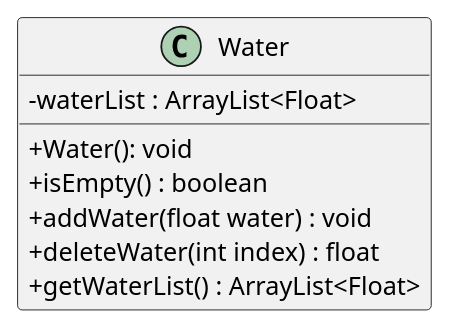
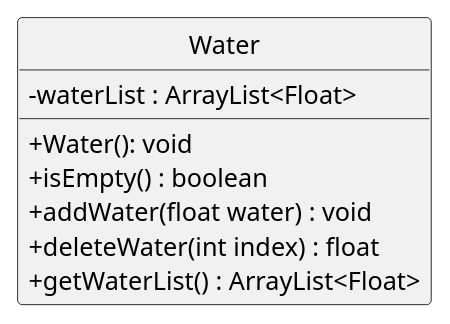
Before and after one commit to nus-cs2113-AY2425S1/tp: the diagram in docs/diagrams/waterClassDiagram.puml, drawn with PlantUML. The commit also changed 44 other files, not shown here.

```diff
--- a/docs/diagrams/waterClassDiagram.puml
+++ b/docs/diagrams/waterClassDiagram.puml
@@ -1,14 +1,15 @@
 @startuml
 
 skinparam classAttributeIconSize 0
-skinparam classAttributeIconSize 0
+hide circle
+
 class Water {
     - waterList : ArrayList<Float>
     + Water(): void
     + isEmpty() : boolean
     + addWater(float water) : void
     + deleteWater(int index) : float
     + getWaterList() : ArrayList<Float>
 }
 
 @enduml
```
